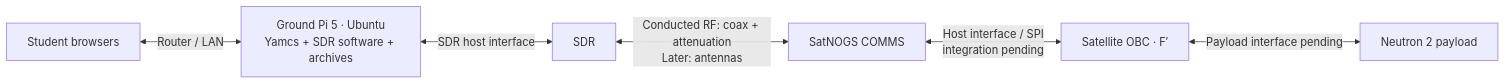
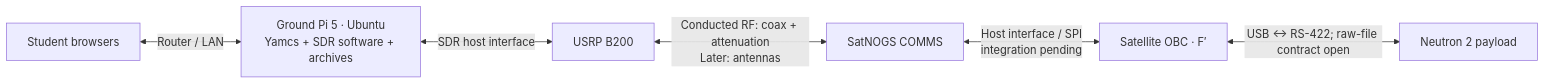
Before and after one commit to RaccoonTrashEater/fprime-artemis-cubesat: the diagram in docs/integration/GROUND_HOST.md, drawn with Mermaid. The commit also changed other lines of this file and 15 other files, not shown here.

````diff
--- a/docs/integration/GROUND_HOST.md
+++ b/docs/integration/GROUND_HOST.md
@@ -50,8 +60,8 @@
 ```mermaid
 flowchart LR
     Browser["Student browsers"] <-->|"Router / LAN"| Ground["Ground Pi 5 · Ubuntu<br/>Yamcs + SDR software + archives"]
-    Ground <-->|"SDR host interface"| SDR["SDR"]
+    Ground <-->|"SDR host interface"| SDR["USRP B200"]
     SDR <-->|"Conducted RF: coax + attenuation<br/>Later: antennas"| Radio["SatNOGS COMMS"]
     Radio <-->|"Host interface / SPI<br/>integration pending"| OBC["Satellite OBC · F′"]
-    OBC <-->|"Payload interface pending"| Payload["Neutron 2 payload"]
+    OBC <-->|"USB ↔ RS-422; raw-file contract open"| Payload["Neutron 2 payload"]
 ```
````
